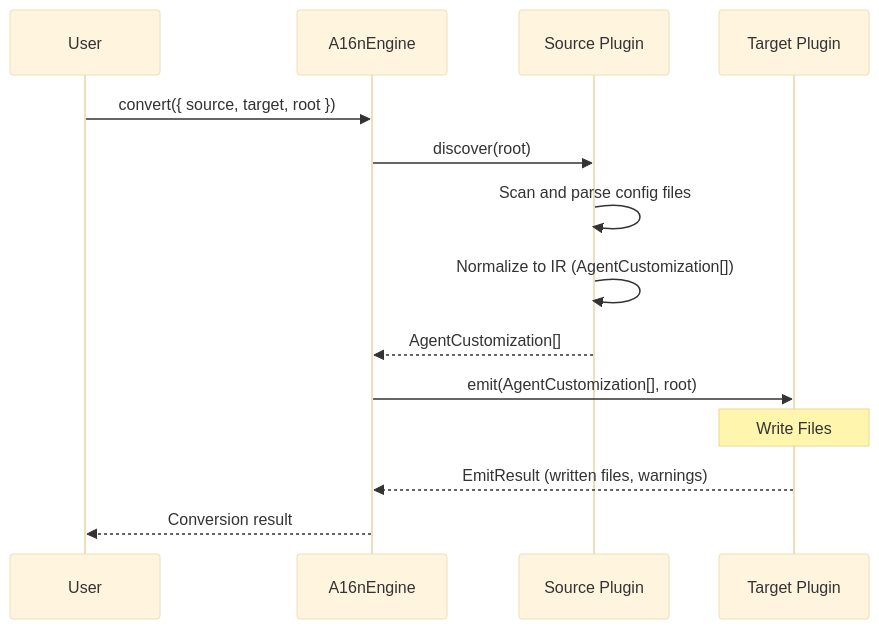
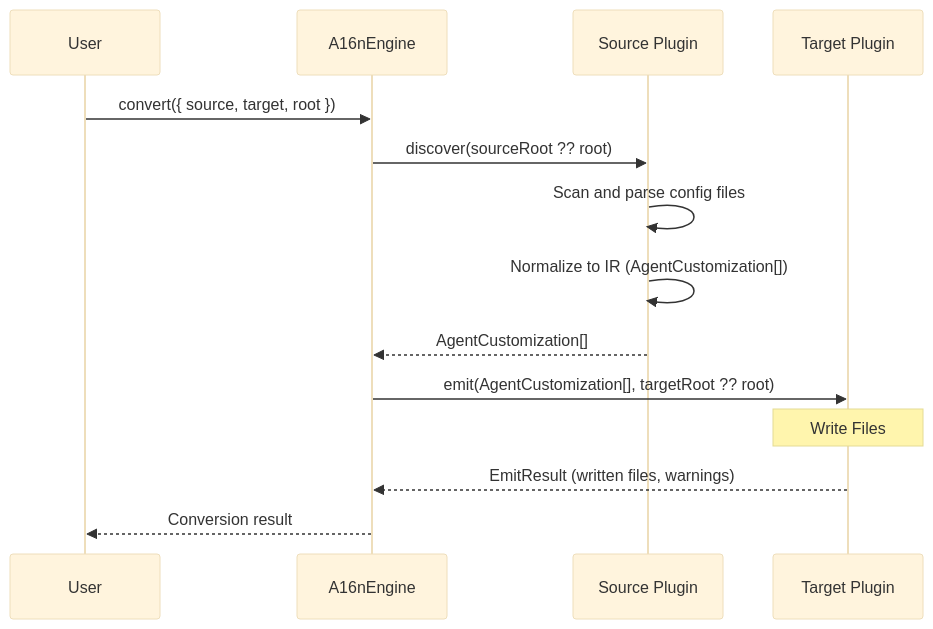
Before and after one commit to Texarkanine/a16n: the first of 2 diagrams in packages/docs/docs/engine/index.md, drawn with Mermaid (base theme). The commit also changed other lines of this file and 18 other files, not shown here.

````diff
--- a/packages/docs/docs/engine/index.md
+++ b/packages/docs/docs/engine/index.md
@@ -44,17 +77,17 @@
 ```mermaid
 sequenceDiagram
     participant User
     participant Engine as A16nEngine
     participant Source as Source Plugin
     participant Target as Target Plugin
 
     User->>Engine: convert({ source, target, root })
-    Engine->>Source: discover(root)
+    Engine->>Source: discover(sourceRoot ?? root)
     Source->>Source: Scan and parse config files
     Source->>Source: Normalize to IR (AgentCustomization[])
     Source-->>Engine: AgentCustomization[]
-    Engine->>Target: emit(AgentCustomization[], root)
+    Engine->>Target: emit(AgentCustomization[], targetRoot ?? root)
     Note over Target: Write Files
     Target-->>Engine: EmitResult (written files, warnings)
     Engine-->>User: Conversion result
 ```
````
